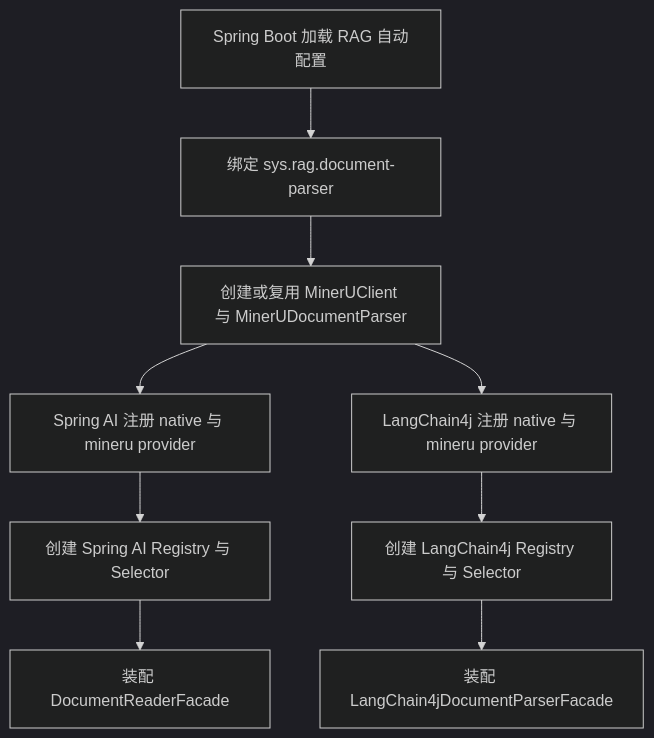
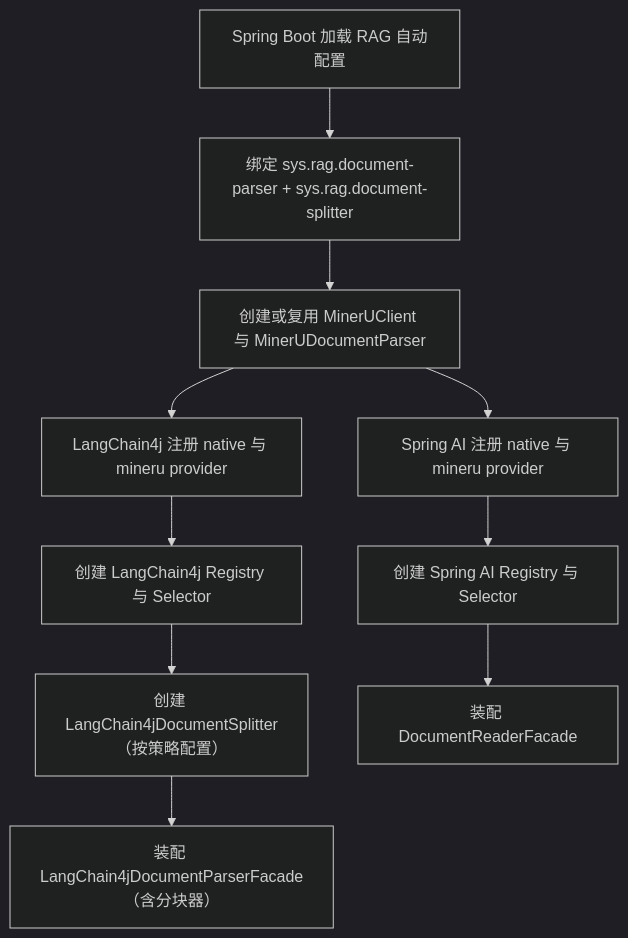
One commit to nauyiq/fons4ai changed the first of 3 diagrams in .specify/memory/capabilities/rag/知识检索增强运行文档.md. Above: the diagram before and after it, drawn with Mermaid (dark theme). The commit also changed other lines of this file and 39 other files, not shown here.

First line of the commit message:
feat(rag): 实现 LangChain4j 文档分块策略扩展

````diff
--- a/.specify/memory/capabilities/rag/知识检索增强运行文档.md
+++ b/.specify/memory/capabilities/rag/知识检索增强运行文档.md
@@ -25,11 +27,12 @@
 ```mermaid
 flowchart TD
-    A["Spring Boot 加载 RAG 自动配置"] --> B["绑定 sys.rag.document-parser"]
+    A["Spring Boot 加载 RAG 自动配置"] --> B["绑定 sys.rag.document-parser + sys.rag.document-splitter"]
     B --> C["创建或复用 MinerUClient 与 MinerUDocumentParser"]
     C --> D1["Spring AI 注册 native 与 mineru provider"]
     C --> D2["LangChain4j 注册 native 与 mineru provider"]
     D1 --> E1["创建 Spring AI Registry 与 Selector"]
     D2 --> E2["创建 LangChain4j Registry 与 Selector"]
+    E2 --> S2["创建 LangChain4jDocumentSplitter（按策略配置）"]
     E1 --> F1["装配 DocumentReaderFacade"]
-    E2 --> F2["装配 LangChain4jDocumentParserFacade"]
+    S2 --> F2["装配 LangChain4jDocumentParserFacade（含分块器）"]
 ```
````
